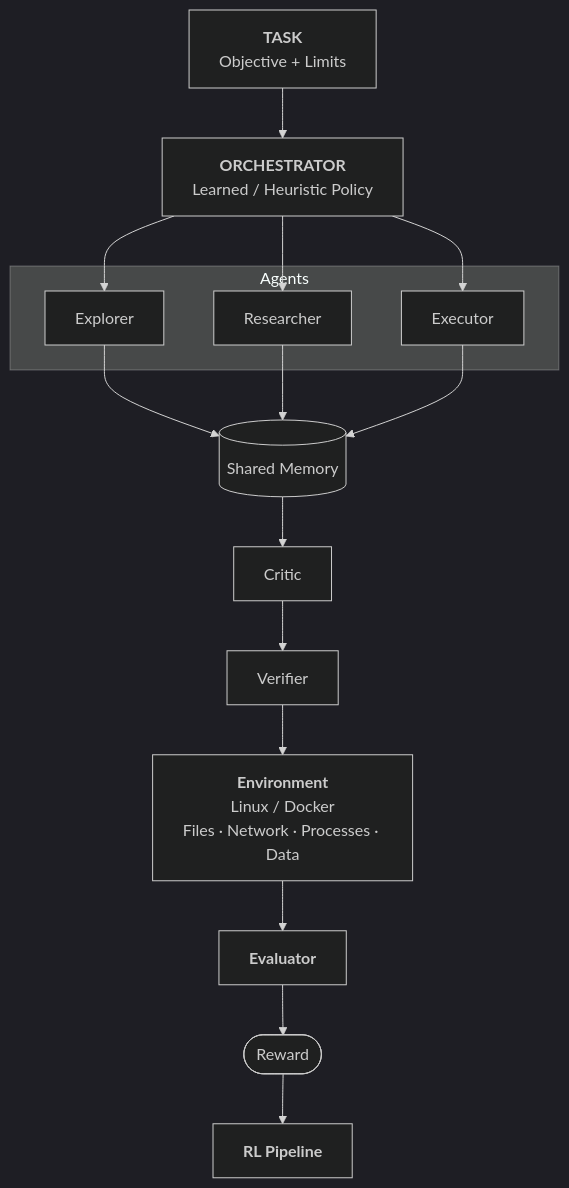
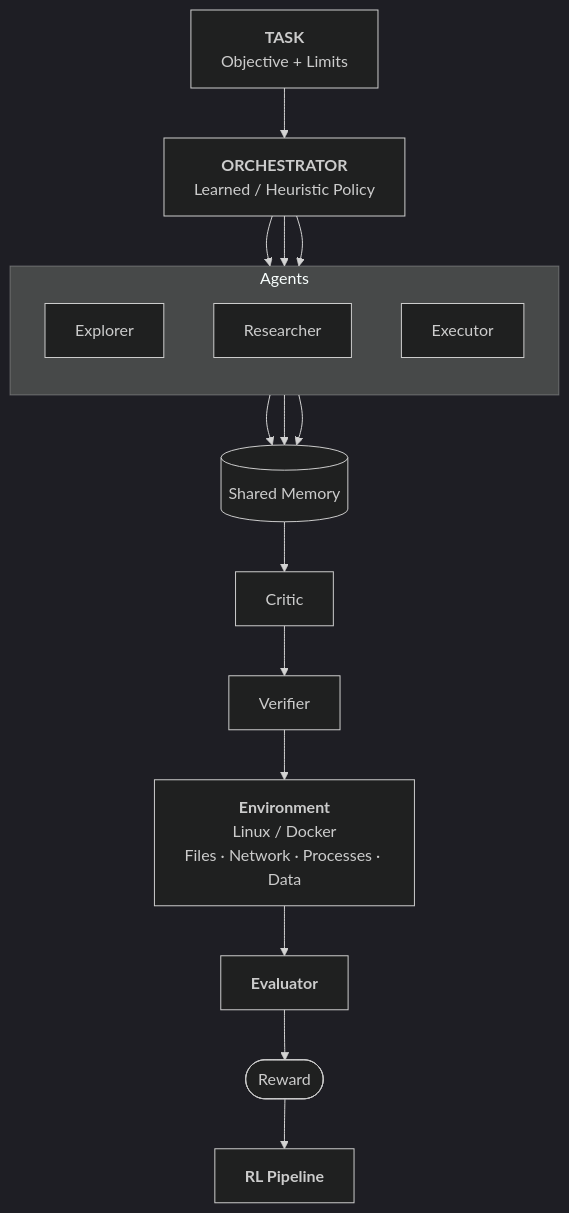
The diagram in docs/agent_arena_research_platform.md (rahul02-dat/agent-arena), drawn with Mermaid (dark theme) before and after one commit.

````diff
--- a/docs/agent_arena_research_platform.md
+++ b/docs/agent_arena_research_platform.md
@@ -69,31 +69,32 @@
 ```mermaid
 flowchart TD
     Task["<b>TASK</b><br>Objective + Limits"]
     Orchestrator["<b>ORCHESTRATOR</b><br>Learned / Heuristic Policy"]
     subgraph Agents
+        direction TB
         Explorer["Explorer"]
         Researcher["Researcher"]
         Executor["Executor"]
     end
     Memory[("Shared Memory")]
     Critic["Critic"]
     Verifier["Verifier"]
     Environment["<b>Environment</b><br>Linux / Docker<br>Files · Network · Processes · Data"]
     Evaluator["<b>Evaluator</b>"]
     Reward(["Reward"])
     RLPipeline["<b>RL Pipeline</b>"]
     
     Task --> Orchestrator
     Orchestrator --> Explorer
     Orchestrator --> Researcher
     Orchestrator --> Executor
     Explorer --> Memory
     Researcher --> Memory
     Executor --> Memory
     Memory --> Critic
     Critic --> Verifier
     Verifier --> Environment
     Environment --> Evaluator
     Evaluator --> Reward
     Reward --> RLPipeline
 ```
````
